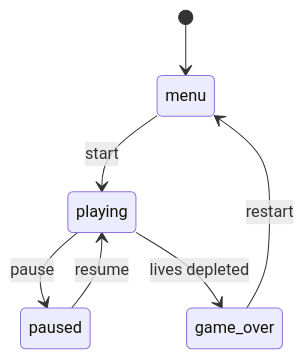
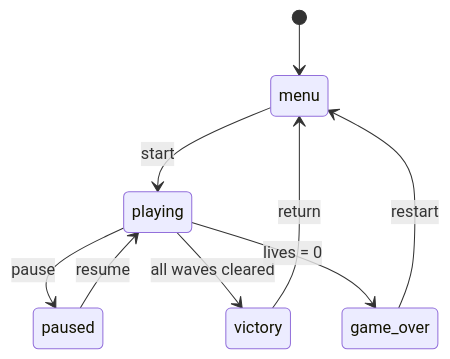
One commit to JAC-CS-Game-Programming-F25/project-brownies changed the first of 7 diagrams in README.md. Above: the diagram before and after it, drawn with Mermaid. The commit also changed other lines of this file, not shown here.

````diff
--- a/README.md
+++ b/README.md
@@ -70,9 +73,11 @@
 ```mermaid
 stateDiagram-v2
     [*] --> menu
     menu --> playing : start
     playing --> paused : pause
     paused --> playing : resume
-    playing --> game_over : lives depleted
+    playing --> victory : all waves cleared
+    playing --> game_over : lives = 0
+    victory --> menu : return
     game_over --> menu : restart
 ```
````
